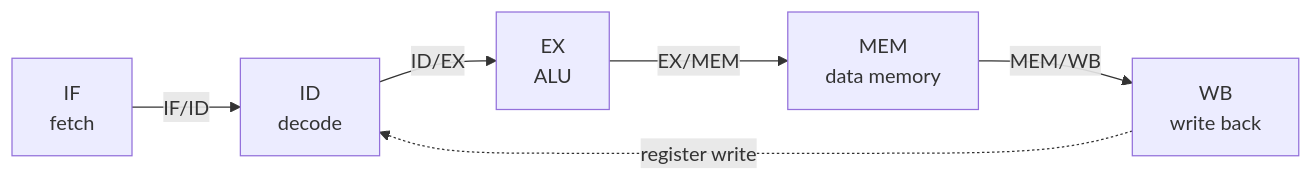
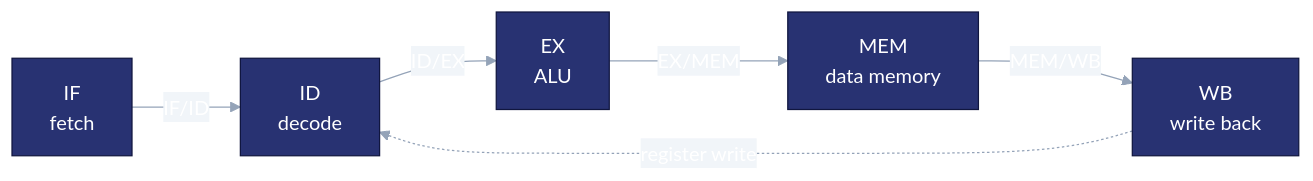
Before and after one commit to devjwk/Project-Part-2: the diagram in README.md, drawn with Mermaid. The commit also changed other lines of this file, not shown here.

Commit message:
Add concept banner and color theme to README

````diff
--- a/README.md
+++ b/README.md
@@ -44,5 +40,6 @@
 ```mermaid
+%%{init: {"theme": "base", "themeVariables": {"primaryColor": "#283272", "primaryTextColor": "#ffffff", "primaryBorderColor": "#10163F", "lineColor": "#94A3B8", "secondaryColor": "#283272", "tertiaryColor": "#10163F", "clusterBkg": "#F8FAFC", "clusterBorder": "#94A3B8", "edgeLabelBackground": "#F1F5F9", "fontFamily": "ui-sans-serif, system-ui, sans-serif"}}}%%
 flowchart LR
     IF["IF<br/>fetch"] -->|"IF/ID"| ID["ID<br/>decode"] -->|"ID/EX"| EX["EX<br/>ALU"] -->|"EX/MEM"| MEM["MEM<br/>data memory"] -->|"MEM/WB"| WB["WB<br/>write back"]
     WB -.->|"register write"| ID
 ```
````
